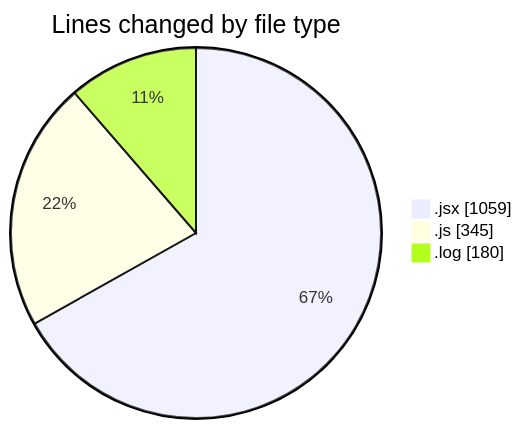
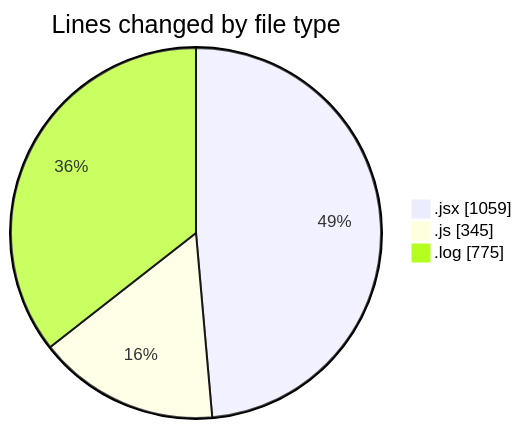
One commit to nxtqubesakshisongat/code-tracking changed the first of 2 diagrams in 2025-12-14/nxtqube_webapp/README.md. Above: the diagram before and after it, drawn with Mermaid. The commit also changed other lines of this file and 1 other file, not shown here.

````diff
--- a/2025-12-14/nxtqube_webapp/README.md
+++ b/2025-12-14/nxtqube_webapp/README.md
@@ -25,7 +25,7 @@
 ```mermaid
 pie showData
 title Lines changed by file type
 ".jsx" : 1059
 ".js" : 345
-".log" : 180
+".log" : 775
 ```
````
